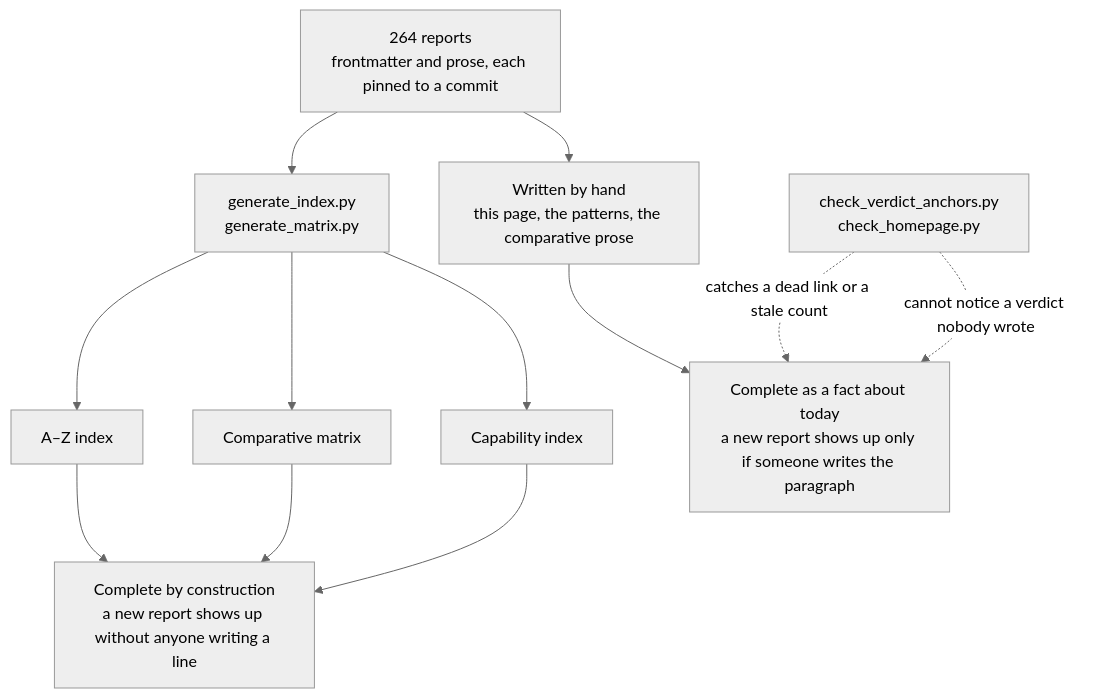
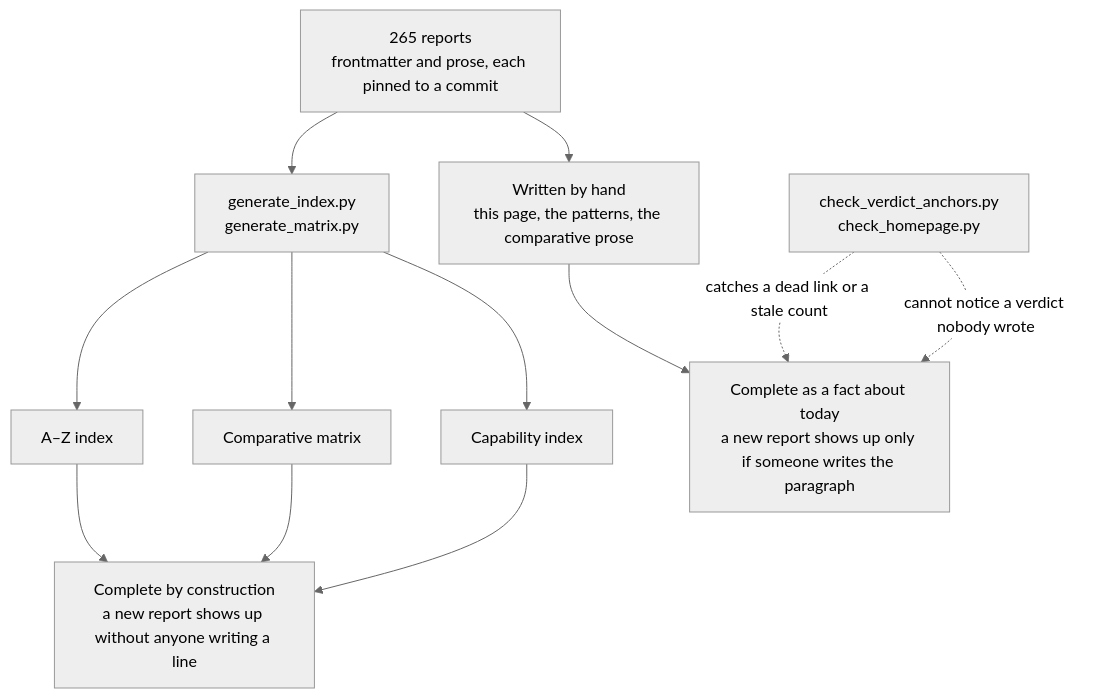
Before and after one commit to neoneye/agent-memory-atlas: the diagram in content/verdicts.md, drawn with Mermaid (neutral theme). The commit also changed other lines of this file and 19 other files, not shown here.

````diff
--- a/content/verdicts.md
+++ b/content/verdicts.md
@@ -40,15 +40,15 @@
 ```mermaid
 flowchart TD
-    R["264 reports<br/>frontmatter and prose, each pinned to a commit"]
+    R["265 reports<br/>frontmatter and prose, each pinned to a commit"]
     R --> GEN["generate_index.py<br/>generate_matrix.py"]
     R --> HAND["Written by hand<br/>this page, the patterns, the comparative prose"]
     GEN --> AZ["A–Z index"]
     GEN --> MX["Comparative matrix"]
     GEN --> CI["Capability index"]
     AZ --> CONST["Complete by construction<br/>a new report shows up without anyone writing a line"]
     MX --> CONST
     CI --> CONST
     HAND --> TODAY["Complete as a fact about today<br/>a new report shows up only if someone writes the paragraph"]
     CHK["check_verdict_anchors.py<br/>check_homepage.py"] -.->|"catches a dead link or a stale count"| TODAY
     CHK -.->|"cannot notice a verdict nobody wrote"| TODAY
 ```
````
